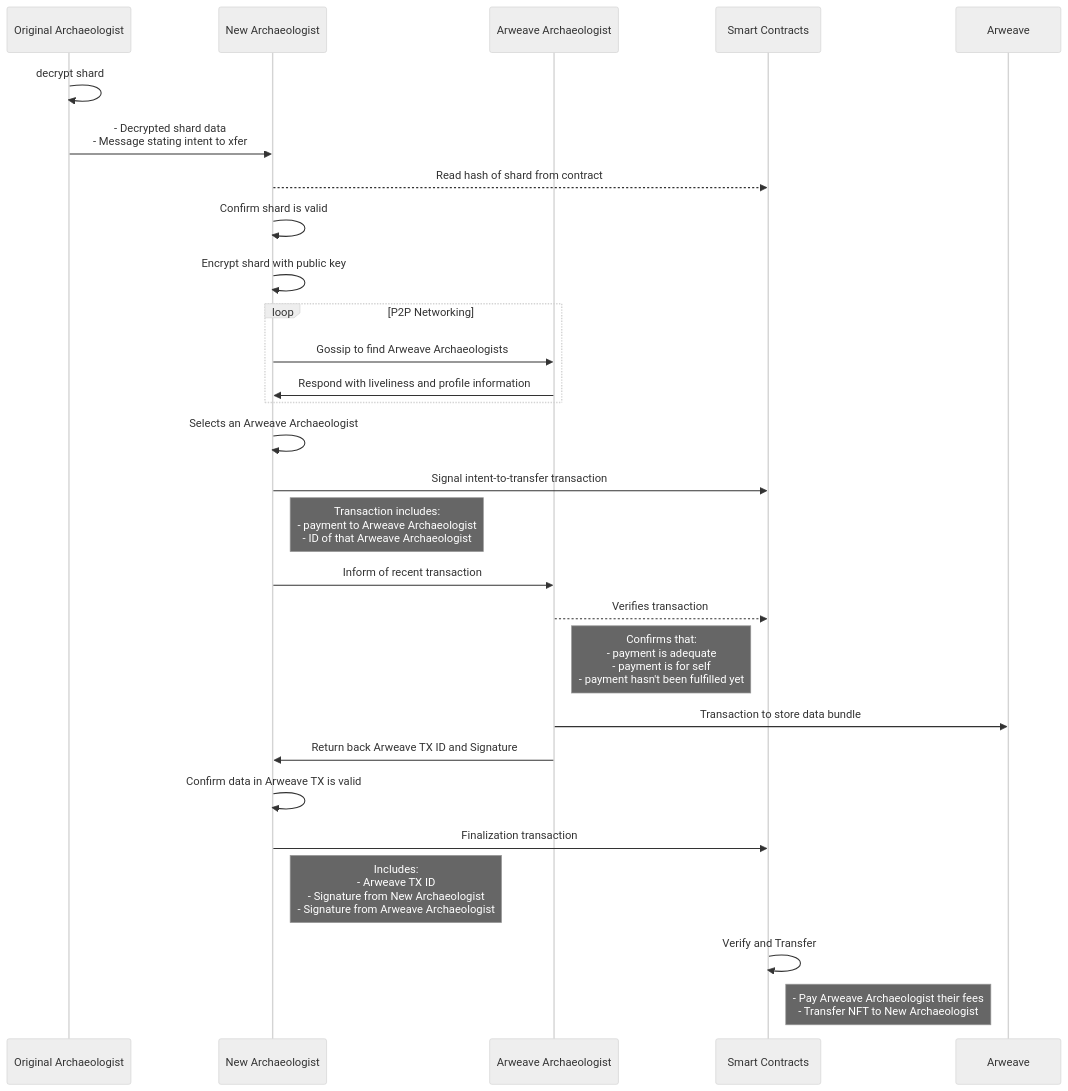
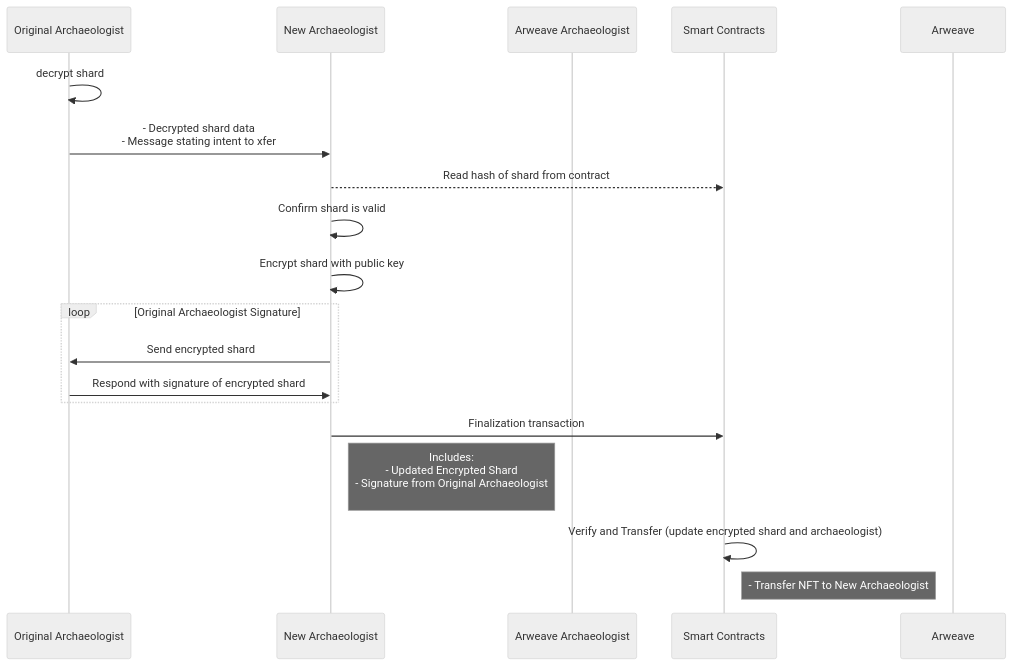
The diagram in transfer-sarcophagus-rights-and-responsibilities.md (sarcophagus-org/sarcophagus-v2-specs), drawn with Mermaid (neutral theme) before and after one commit.

Commit message:
Update transfer-sarcophagus-rights-and-responsibilities.md
update transfer diagram

````diff
--- a/transfer-sarcophagus-rights-and-responsibilities.md
+++ b/transfer-sarcophagus-rights-and-responsibilities.md
@@ -1,50 +1,32 @@
 ```mermaid
 sequenceDiagram
   participant Original Archaeologist
   participant New Archaeologist
   participant Arweave Archaeologist
   participant Smart Contracts
   participant Arweave
 
   Original Archaeologist->>Original Archaeologist: decrypt shard
 
   Original Archaeologist->>New Archaeologist: - Decrypted shard data<br/>- Message stating intent to xfer
 
   New Archaeologist-->>Smart Contracts: Read hash of shard from contract
 
   New Archaeologist->>New Archaeologist: Confirm shard is valid
 
   New Archaeologist->>New Archaeologist: Encrypt shard with public key
 
-  loop P2P Networking
-    New Archaeologist->>Arweave Archaeologist: Gossip to find Arweave Archaeologists
+  loop Original Archaeologist Signature
+    New Archaeologist->>Original Archaeologist: Send encrypted shard
 
-    Arweave Archaeologist->>New Archaeologist: Respond with liveliness and profile information
+    Original Archaeologist->>New Archaeologist: Respond with signature of encrypted shard
   end
-
-  New Archaeologist->>New Archaeologist: Selects an Arweave Archaeologist
-
-  New Archaeologist->>Smart Contracts: Signal intent-to-transfer transaction
-
-  Note right of New Archaeologist: Transaction includes:<br/>- payment to Arweave Archaeologist<br/>- ID of that Arweave Archaeologist
-
-  New Archaeologist->>Arweave Archaeologist: Inform of recent transaction
-
-  Arweave Archaeologist-->>Smart Contracts: Verifies transaction
-
-  Note right of Arweave Archaeologist: Confirms that:<br/>- payment is adequate<br/>- payment is for self<br/>- payment hasn't been fulfilled yet
-
-  Arweave Archaeologist->>Arweave: Transaction to store data bundle
-
-  Arweave Archaeologist->> New Archaeologist: Return back Arweave TX ID and Signature
-
-  New Archaeologist->>New Archaeologist: Confirm data in Arweave TX is valid
 
   New Archaeologist->>Smart Contracts: Finalization transaction
 
-  Note right of New Archaeologist: Includes:<br/>- Arweave TX ID<br/>- Signature from New Archaeologist<br/>- Signature from Arweave Archaeologist
+  Note right of New Archaeologist: Includes:<br/>- Updated Encrypted Shard<br/>- Signature from Original Archaeologist<br/>
 
-  Smart Contracts->>Smart Contracts: Verify and Transfer
+  Smart Contracts->>Smart Contracts: Verify and Transfer (update encrypted shard and archaeologist)
 
-  Note right of Smart Contracts: - Pay Arweave Archaeologist their fees<br/>- Transfer NFT to New Archaeologist
+  Note right of Smart Contracts: - Transfer NFT to New Archaeologist
 ```
````
